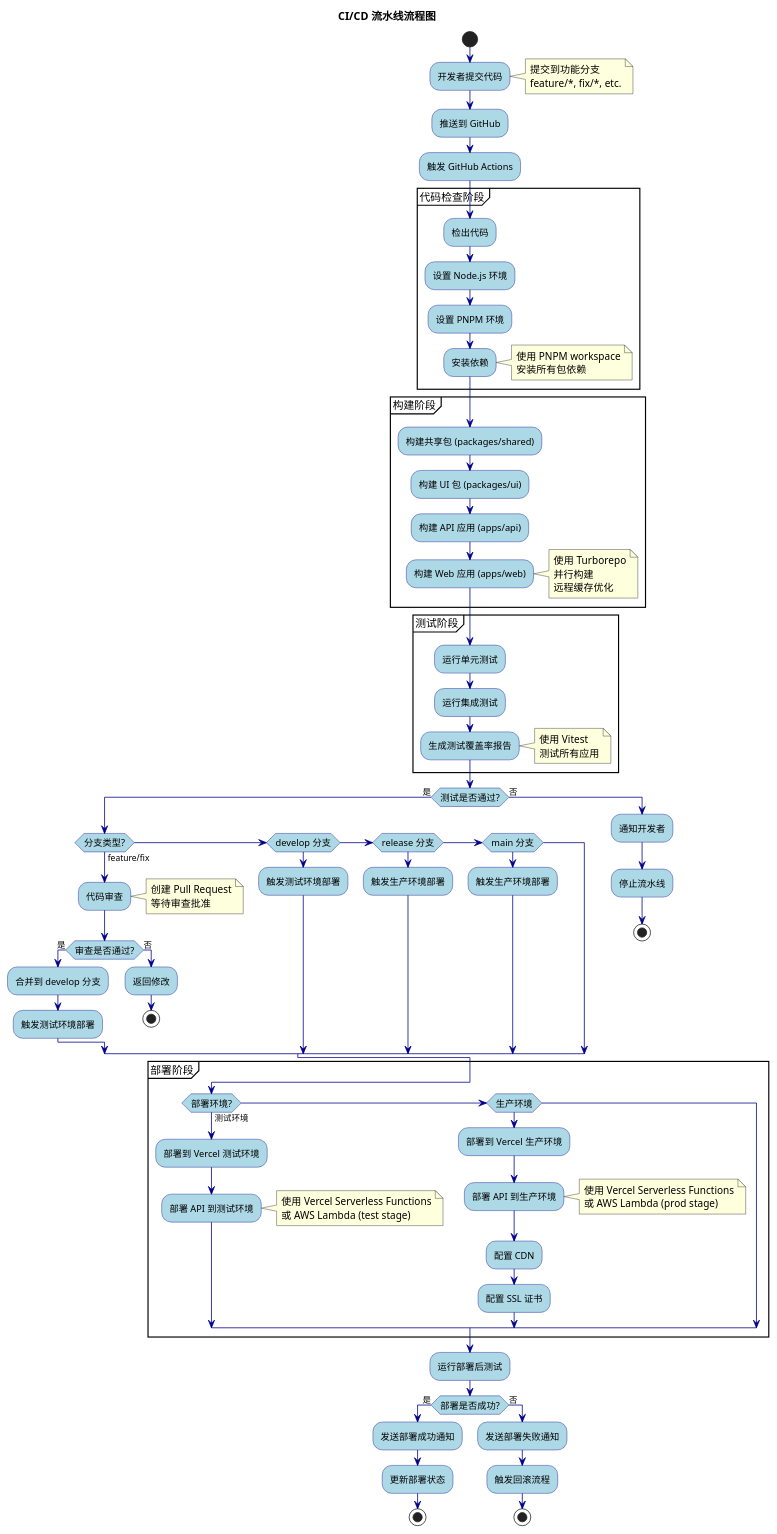
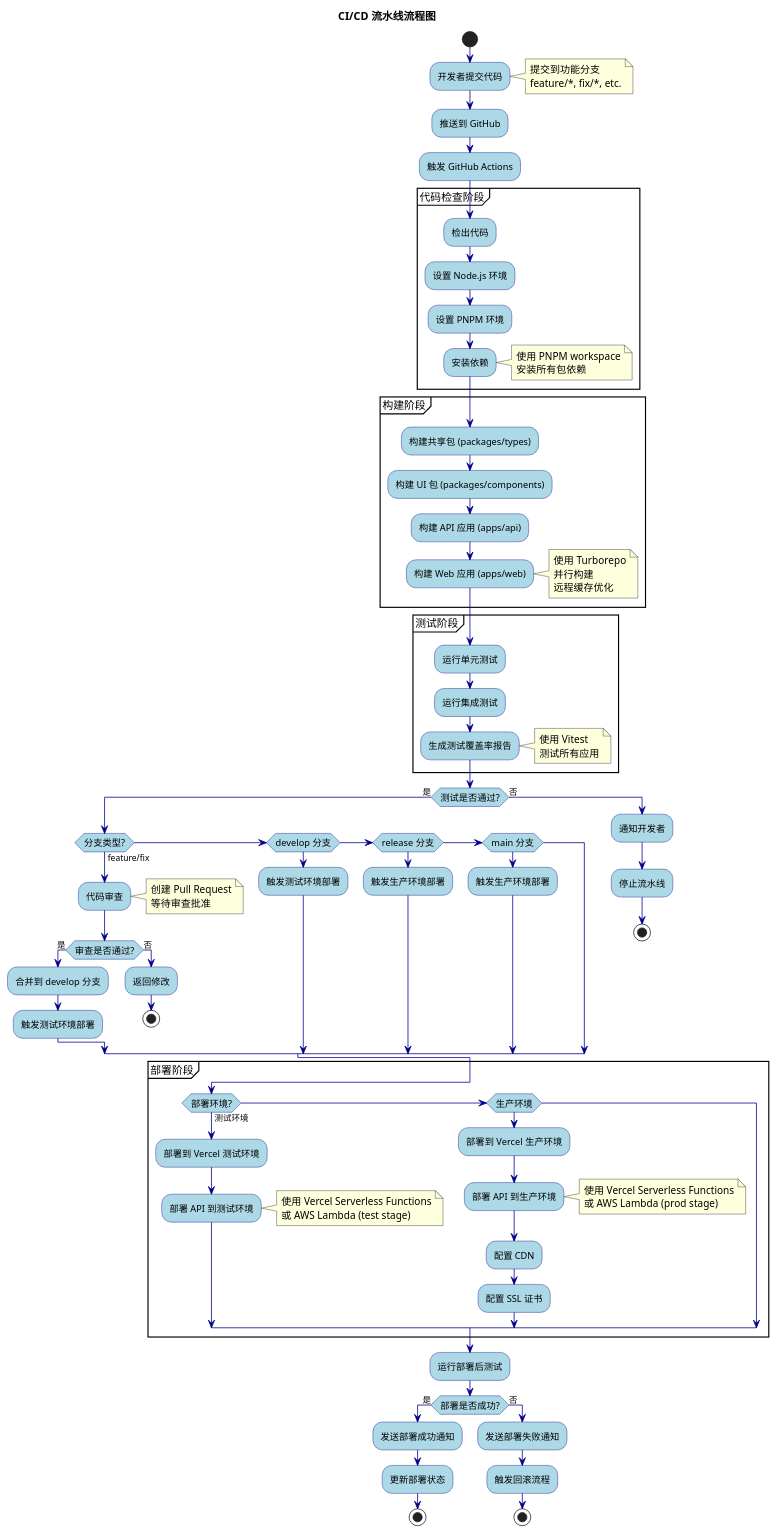
Before and after one commit to felixzhu97/shopping-system: the diagram in docs/devops/cicd-pipeline.puml, drawn with PlantUML. The commit also changed 95 other files, not shown here.

```diff
--- a/docs/devops/cicd-pipeline.puml
+++ b/docs/devops/cicd-pipeline.puml
@@ -1,118 +1,118 @@
 @startuml
 title CI/CD 流水线流程图
 
 skinparam activity {
     BackgroundColor lightblue
     BorderColor darkblue
     FontSize 12
 }
 
 skinparam arrow {
     Color darkblue
 }
 
 start
 
 :开发者提交代码;
 note right
   提交到功能分支
   feature/*, fix/*, etc.
 end note
 
 :推送到 GitHub;
 
 :触发 GitHub Actions;
 
 partition "代码检查阶段" {
     :检出代码;
     :设置 Node.js 环境;
     :设置 PNPM 环境;
     :安装依赖;
     note right
       使用 PNPM workspace
       安装所有包依赖
     end note
 }
 
 partition "构建阶段" {
-    :构建共享包 (packages/shared);
-    :构建 UI 包 (packages/ui);
+    :构建共享包 (packages/types);
+    :构建 UI 包 (packages/components);
     :构建 API 应用 (apps/api);
     :构建 Web 应用 (apps/web);
     note right
       使用 Turborepo
       并行构建
       远程缓存优化
     end note
 }
 
 partition "测试阶段" {
     :运行单元测试;
     :运行集成测试;
     :生成测试覆盖率报告;
     note right
       使用 Vitest
       测试所有应用
     end note
 }
 
 if (测试是否通过?) then (是)
     if (分支类型?) then (feature/fix)
         :代码审查;
         note right
           创建 Pull Request
           等待审查批准
         end note
         if (审查是否通过?) then (是)
             :合并到 develop 分支;
             :触发测试环境部署;
         else (否)
             :返回修改;
             stop
         endif
     elseif (develop 分支) then
         :触发测试环境部署;
     elseif (release 分支) then
         :触发生产环境部署;
     elseif (main 分支) then
         :触发生产环境部署;
     endif
 else (否)
     :通知开发者;
     :停止流水线;
     stop
 endif
 
 partition "部署阶段" {
     if (部署环境?) then (测试环境)
         :部署到 Vercel 测试环境;
         :部署 API 到测试环境;
         note right
           使用 Vercel Serverless Functions
           或 AWS Lambda (test stage)
         end note
     elseif (生产环境) then
         :部署到 Vercel 生产环境;
         :部署 API 到生产环境;
         note right
           使用 Vercel Serverless Functions
           或 AWS Lambda (prod stage)
         end note
         :配置 CDN;
         :配置 SSL 证书;
     endif
 }
 
 :运行部署后测试;
 
 if (部署是否成功?) then (是)
     :发送部署成功通知;
     :更新部署状态;
     stop
 else (否)
     :发送部署失败通知;
     :触发回滚流程;
     stop
 endif
 
 @enduml
```
